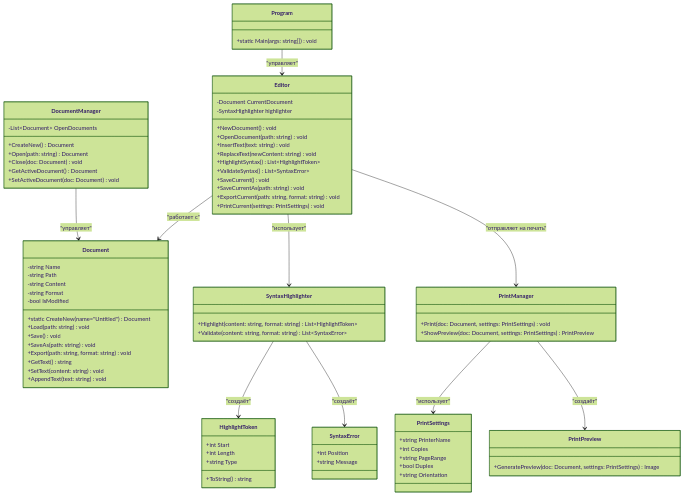
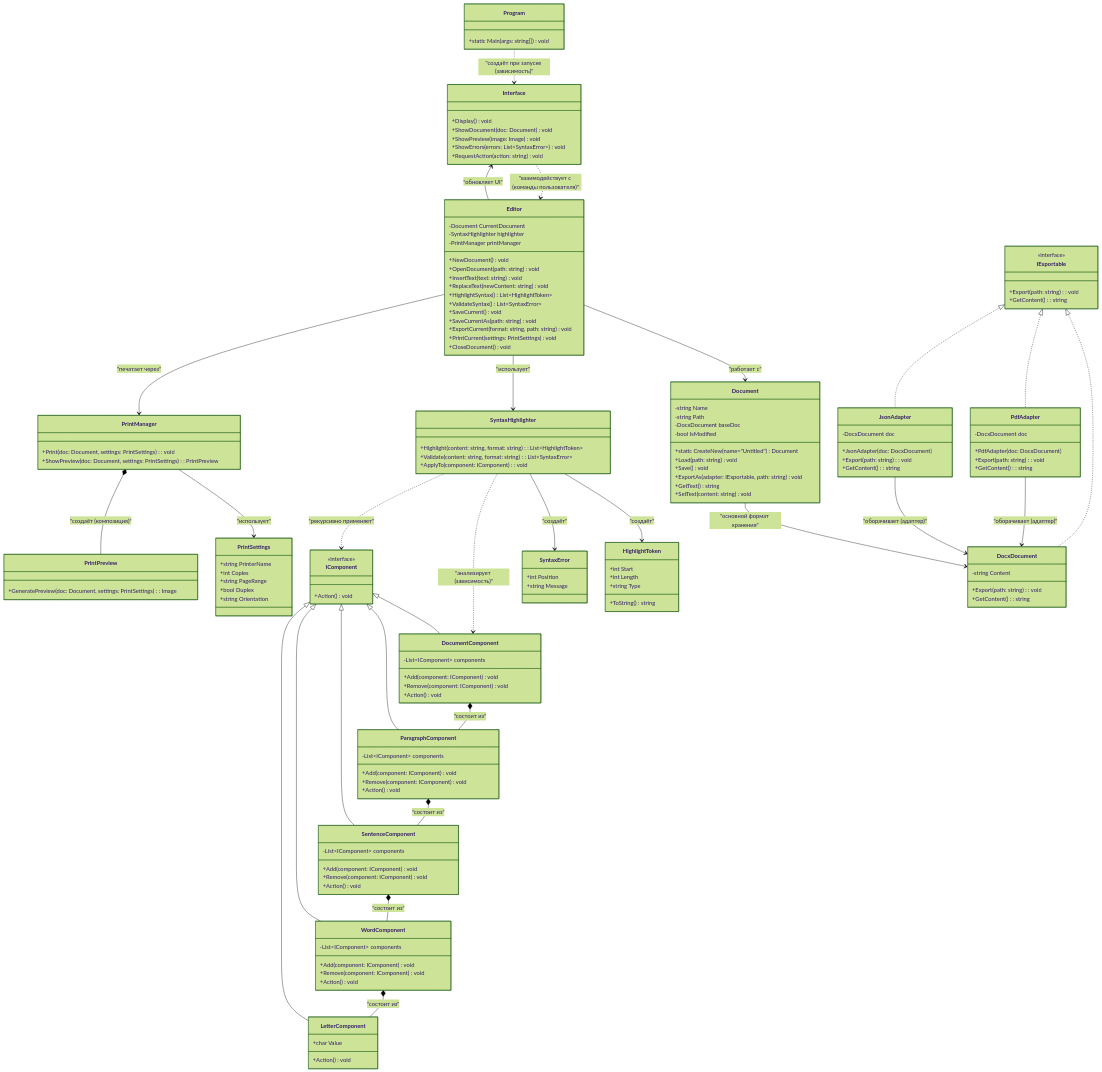
Before and after one commit to penamarth/bsbo-03-23_team6_var11_textedit: the diagram in Документация/Модель предментой области.md, drawn with Mermaid (forest theme).

Commit message:
Update Модель предментой области.md

````diff
--- a/Документация/Модель предментой области.md
+++ b/Документация/Модель предментой области.md
@@ -2,49 +2,134 @@
 ```mermaid
 
 classDiagram
-    %% ====== ДОКУМЕНТ ======
+    %% ========================
+    %% УРОВЕНЬ 0: ИНТЕРФЕЙС ПОЛЬЗОВАТЕЛЯ
+    %% ========================
+    class Interface {
+        +Display() void
+        +ShowDocument(doc: Document) void
+        +ShowPreview(image: Image) void
+        +ShowErrors(errors: List~SyntaxError~) void
+        +RequestAction(action: string) void
+    }
+
+    Interface ..> Editor : "взаимодействует с (команды пользователя)"
+    Editor --> Interface : "обновляет UI"
+
+    %% ========================
+    %% УРОВЕНЬ 1: АБСТРАКЦИИ
+    %% ========================
+    class IComponent {
+        <<interface>>
+        +Action() void
+    }
+
+    class IExportable {
+        <<interface>>
+        +Export(path: string): void
+        +GetContent(): string
+    }
+
+    %% ========================
+    %% УРОВЕНЬ 2: КОМПОНОВЩИК
+    %% ========================
+    class DocumentComponent {
+        -List~IComponent~ components
+        +Add(component: IComponent) void
+        +Remove(component: IComponent) void
+        +Action() void
+    }
+
+    class ParagraphComponent {
+        -List~IComponent~ components
+        +Add(component: IComponent) void
+        +Remove(component: IComponent) void
+        +Action() void
+    }
+
+    class SentenceComponent {
+        -List~IComponent~ components
+        +Add(component: IComponent) void
+        +Remove(component: IComponent) void
+        +Action() void
+    }
+
+    class WordComponent {
+        -List~IComponent~ components
+        +Add(component: IComponent) void
+        +Remove(component: IComponent) void
+        +Action() void
+    }
+
+    class LetterComponent {
+        +char Value
+        +Action() void
+    }
+
+    IComponent <|-- DocumentComponent
+    IComponent <|-- ParagraphComponent
+    IComponent <|-- SentenceComponent
+    IComponent <|-- WordComponent
+    IComponent <|-- LetterComponent
+
+    DocumentComponent *-- ParagraphComponent : "состоит из"
+    ParagraphComponent *-- SentenceComponent : "состоит из"
+    SentenceComponent *-- WordComponent : "состоит из"
+    WordComponent *-- LetterComponent : "состоит из"
+
+    %% ========================
+    %% УРОВЕНЬ 3: ДОКУМЕНТЫ И АДАПТЕРЫ
+    %% ========================
     class Document {
         -string Name
         -string Path
-        -string Content
-        -string Format
+        -DocxDocument baseDoc
         -bool IsModified
         +static CreateNew(name="Untitled") Document
         +Load(path: string) void
         +Save() void
-        +SaveAs(path: string) void
-        +Export(path: string, format: string) void
+        +ExportAs(adapter: IExportable, path: string) void
         +GetText() string
         +SetText(content: string) void
-        +AppendText(text: string) void
     }
 
-    class DocumentManager {
-        -List~Document~ OpenDocuments
-        +CreateNew() Document
-        +Open(path: string) Document
-        +Close(doc: Document) void
-        +GetActiveDocument() Document
-        +SetActiveDocument(doc: Document) void
+    class DocxDocument {
+        -string Content
+        +Export(path: string): void
+        +GetContent(): string
     }
 
-    %% ====== РЕДАКТИРОВАНИЕ ======
-    class Editor {
-        -Document CurrentDocument
-        -SyntaxHighlighter highlighter
-        +NewDocument() void
-        +OpenDocument(path: string) void
-        +InsertText(text: string) void
-        +ReplaceText(newContent: string) void
-        +HighlightSyntax() List~HighlightToken~
-        +ValidateSyntax() List~SyntaxError~
-        +SaveCurrent() void
-        +SaveCurrentAs(path: string) void
-        +ExportCurrent(path: string, format: string) void
-        +PrintCurrent(settings: PrintSettings) void
+    class PdfAdapter {
+        -DocxDocument doc
+        +PdfAdapter(doc: DocxDocument)
+        +Export(path: string): void
+        +GetContent(): string
     }
 
-    %% ====== СИНТАКСИС ======
+    class JsonAdapter {
+        -DocxDocument doc
+        +JsonAdapter(doc: DocxDocument)
+        +Export(path: string): void
+        +GetContent(): string
+    }
+
+    IExportable <|.. DocxDocument
+    IExportable <|.. PdfAdapter
+    IExportable <|.. JsonAdapter
+
+    PdfAdapter --> DocxDocument : "оборачивает (адаптер)"
+    JsonAdapter --> DocxDocument : "оборачивает (адаптер)"
+    Document --> DocxDocument : "основной формат хранения"
+
+    %% ========================
+    %% УРОВЕНЬ 4: СИНТАКСИС
+    %% ========================
+    class SyntaxHighlighter {
+        +Highlight(content: string, format: string): List~HighlightToken~
+        +Validate(content: string, format: string): List~SyntaxError~
+        +ApplyTo(component: IComponent): void
+    }
+
     class HighlightToken {
         +int Start
         +int Length
@@ -57,12 +142,14 @@
         +string Message
     }
 
-    class SyntaxHighlighter {
-        +Highlight(content: string, format: string) List~HighlightToken~
-        +Validate(content: string, format: string) List~SyntaxError~
-    }
+    SyntaxHighlighter --> HighlightToken : "создаёт"
+    SyntaxHighlighter --> SyntaxError : "создаёт"
+    SyntaxHighlighter ..> DocumentComponent : "анализирует (зависимость)"
+    SyntaxHighlighter ..> IComponent : "рекурсивно применяет"
 
-    %% ====== ПЕЧАТЬ ======
+    %% ========================
+    %% УРОВЕНЬ 5: ПЕЧАТЬ
+    %% ========================
     class PrintSettings {
         +string PrinterName
         +int Copies
@@ -72,28 +159,49 @@
     }
 
     class PrintPreview {
-        +GeneratePreview(doc: Document, settings: PrintSettings) Image
+        +GeneratePreview(doc: Document, settings: PrintSettings): Image
     }
 
     class PrintManager {
-        +Print(doc: Document, settings: PrintSettings) void
-        +ShowPreview(doc: Document, settings: PrintSettings) PrintPreview
+        +Print(doc: Document, settings: PrintSettings): void
+        +ShowPreview(doc: Document, settings: PrintSettings): PrintPreview
     }
 
-    %% ====== ПРОГРАММА ======
+    PrintManager --> PrintSettings : "использует"
+    PrintManager *-- PrintPreview : "создаёт (композиция)"
+
+    %% ========================
+    %% УРОВЕНЬ 6: РЕДАКТОР
+    %% ========================
+    class Editor {
+        -Document CurrentDocument
+        -SyntaxHighlighter highlighter
+        -PrintManager printManager
+        +NewDocument() void
+        +OpenDocument(path: string) void
+        +InsertText(text: string) void
+        +ReplaceText(newContent: string) void
+        +HighlightSyntax() List~HighlightToken~
+        +ValidateSyntax() List~SyntaxError~
+        +SaveCurrent() void
+        +SaveCurrentAs(path: string) void
+        +ExportCurrent(format: string, path: string) void
+        +PrintCurrent(settings: PrintSettings) void
+        +CloseDocument() void
+    }
+
+    Editor --> Document : "работает с"
+    Editor --> SyntaxHighlighter : "использует"
+    Editor --> PrintManager : "печатает через"
+
+    %% ========================
+    %% УРОВЕНЬ 7: ПРОГРАММА
+    %% ========================
     class Program {
         +static Main(args: string[]) void
     }
 
-    %% ====== СВЯЗИ ======
-    Editor --> Document : "работает с"
-    Editor --> SyntaxHighlighter : "использует"
-    SyntaxHighlighter --> HighlightToken : "создаёт"
-    SyntaxHighlighter --> SyntaxError : "создаёт"
-    Editor --> PrintManager : "отправляет на печать"
-    PrintManager --> PrintSettings : "использует"
-    PrintManager --> PrintPreview : "создаёт"
-    DocumentManager --> Document : "управляет"
-    Program --> Editor : "управляет"
+    Program ..> Interface : "создаёт при запуске (зависимость)"
+
 
 ```
````
